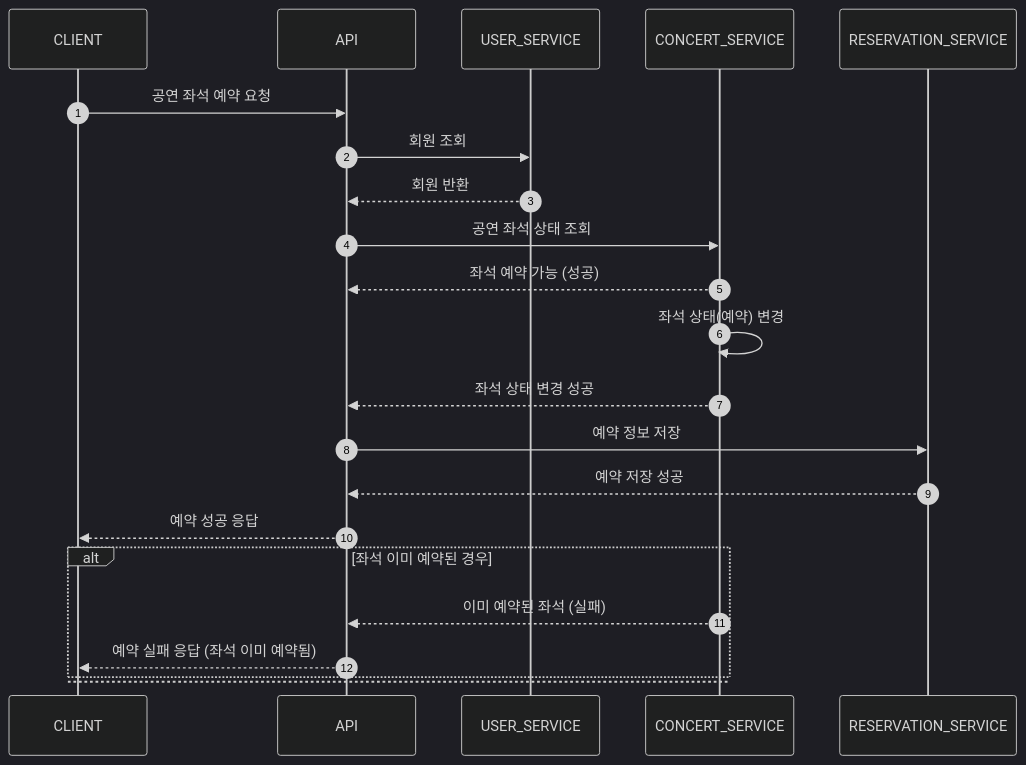
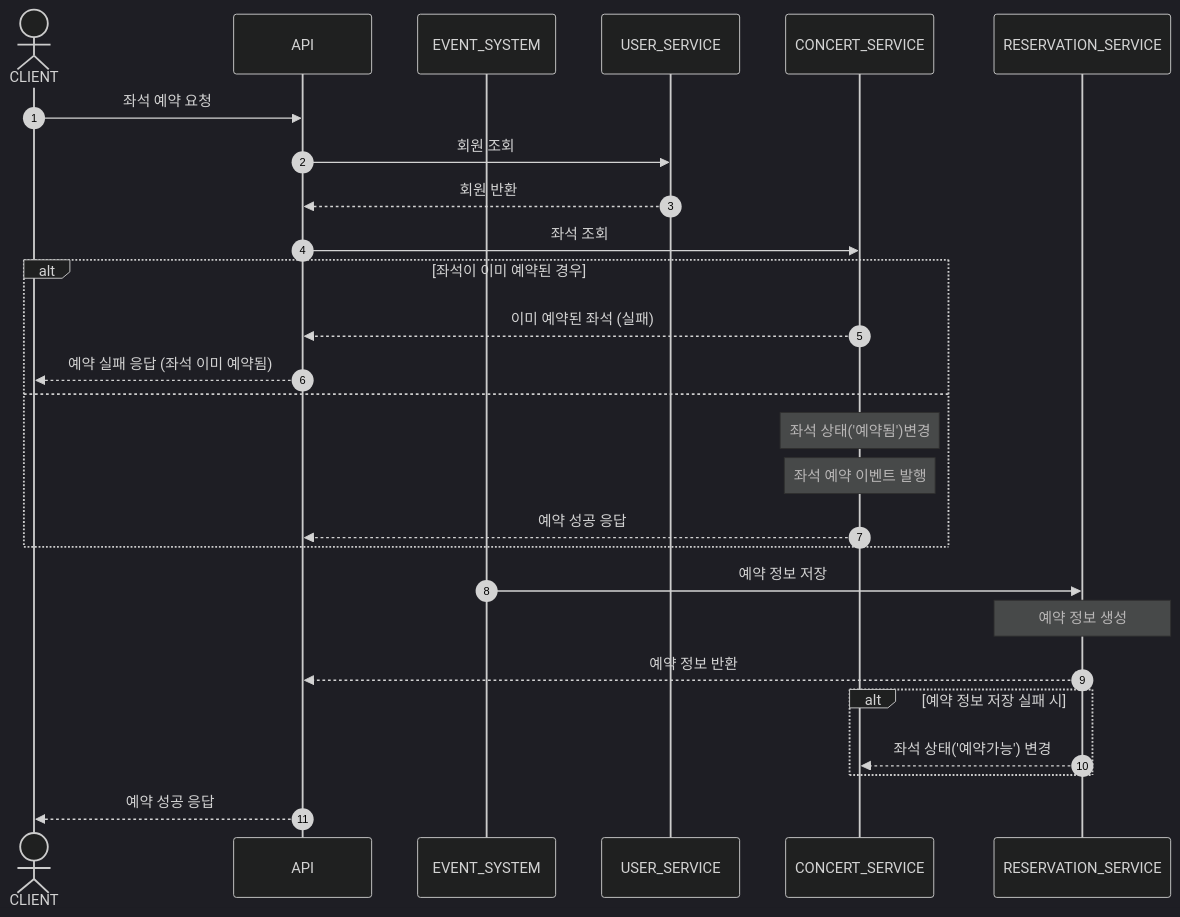
One commit to simhw/hhplus-concert-java changed the fourth of 6 diagrams in docs/시퀀스 다이어그램.md. Above: the diagram before and after it, drawn with Mermaid (dark theme). The commit also changed 16 other files, not shown here.

````diff
--- a/docs/시퀀스 다이어그램.md
+++ b/docs/시퀀스 다이어그램.md
@@ -77,27 +77,30 @@
 ```mermaid
 sequenceDiagram
     autonumber
-    participant CLIENT
+    actor CLIENT
     participant API
+    participant EVENT_SYSTEM
     participant USER_SERVICE
     participant CONCERT_SERVICE
     participant RESERVATION_SERVICE
-    CLIENT ->> API: 공연 좌석 예약 요청
+    CLIENT ->> API: 좌석 예약 요청
     API ->> USER_SERVICE: 회원 조회
     USER_SERVICE -->> API: 회원 반환
-    API ->> CONCERT_SERVICE: 공연 좌석 상태 조회
-    CONCERT_SERVICE -->> API: 좌석 예약 가능 (성공)
-    CONCERT_SERVICE ->> CONCERT_SERVICE: 좌석 상태(예약) 변경
-    CONCERT_SERVICE -->> API: 좌석 상태 변경 성공
-    API ->> RESERVATION_SERVICE: 예약 정보 저장
-    RESERVATION_SERVICE -->> API: 예약 저장 성공
-    API -->> CLIENT: 예약 성공 응답
-
-    alt 좌석 이미 예약된 경우
+    API ->> CONCERT_SERVICE: 좌석 조회
+    alt 좌석이 이미 예약된 경우
         CONCERT_SERVICE -->> API: 이미 예약된 좌석 (실패)
         API -->> CLIENT: 예약 실패 응답 (좌석 이미 예약됨)
     else
+        note over CONCERT_SERVICE: 좌석 상태('예약됨')변경
+        note over CONCERT_SERVICE: 좌석 예약 이벤트 발행
+        CONCERT_SERVICE -->> API: 예약 성공 응답
     end
-
+    EVENT_SYSTEM ->> RESERVATION_SERVICE: 예약 정보 저장
+    note over RESERVATION_SERVICE: 예약 정보 생성
+    RESERVATION_SERVICE -->> API: 예약 정보 반환
+    alt 예약 정보 저장 실패 시
+        RESERVATION_SERVICE -->> CONCERT_SERVICE: 좌석 상태('예약가능') 변경
+    end
+    API -->> CLIENT: 예약 성공 응답
 
 ```
````
